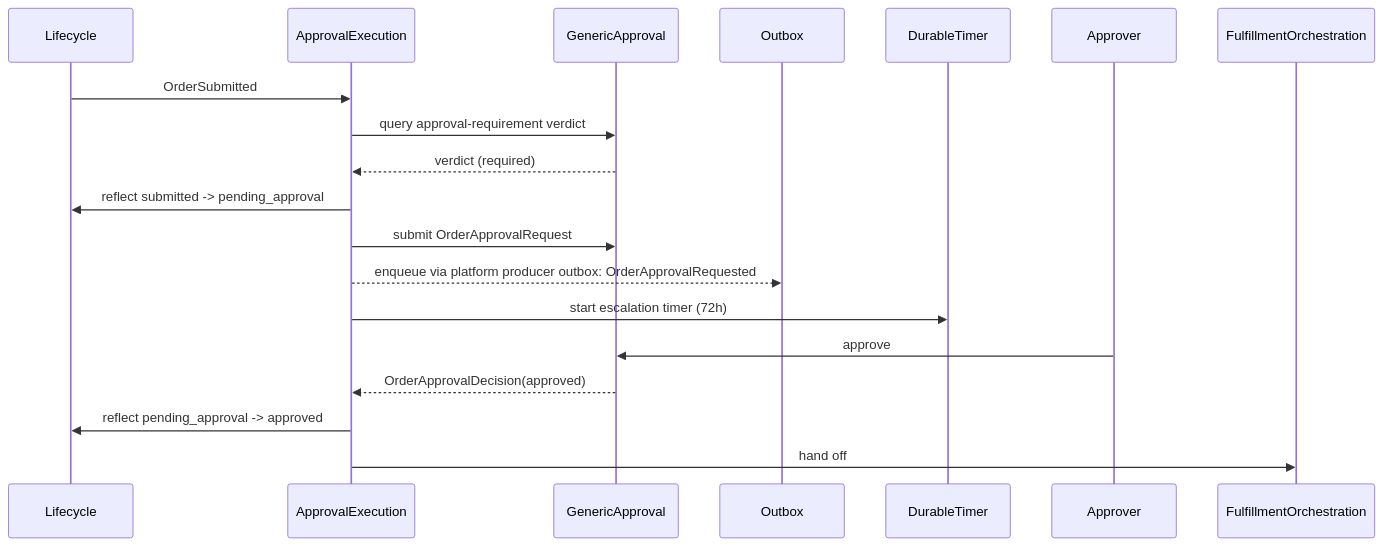
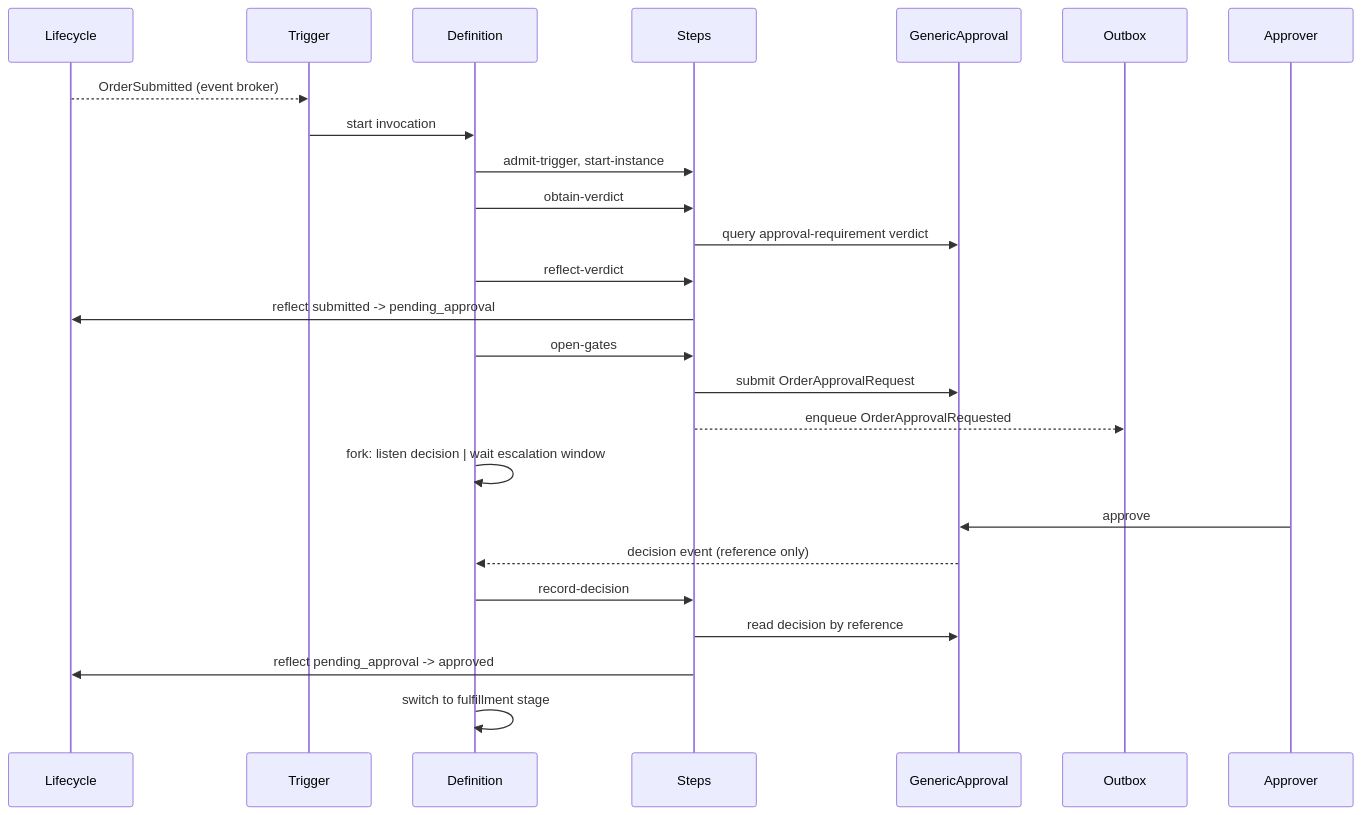
The third of 7 diagrams in gears/bss/orders-workflow/docs/DESIGN.md (constructorfabric/gears-rust), drawn with Mermaid before and after one commit. The commit also changed other lines of this file and 3 other files, not shown here.

Commit message:
docs(bss/orders-workflow): index, registers and README follow the platform-definition decision (Q-01 answered, D-65…, serverless-runtime asks)

````diff
--- a/gears/bss/orders-workflow/docs/DESIGN.md
+++ b/gears/bss/orders-workflow/docs/DESIGN.md
@@ -652,14 +803,20 @@
 ```mermaid
 sequenceDiagram
-    Lifecycle ->> ApprovalExecution: OrderSubmitted
-    ApprovalExecution ->> GenericApproval: query approval-requirement verdict
-    GenericApproval -->> ApprovalExecution: verdict (required)
-    ApprovalExecution ->> Lifecycle: reflect submitted -> pending_approval
-    ApprovalExecution ->> GenericApproval: submit OrderApprovalRequest
-    ApprovalExecution -->> Outbox: enqueue via platform producer outbox: OrderApprovalRequested
-    ApprovalExecution ->> DurableTimer: start escalation timer (72h)
+    Lifecycle -->> Trigger: OrderSubmitted (event broker)
+    Trigger ->> Definition: start invocation
+    Definition ->> Steps: admit-trigger, start-instance
+    Definition ->> Steps: obtain-verdict
+    Steps ->> GenericApproval: query approval-requirement verdict
+    Definition ->> Steps: reflect-verdict
+    Steps ->> Lifecycle: reflect submitted -> pending_approval
+    Definition ->> Steps: open-gates
+    Steps ->> GenericApproval: submit OrderApprovalRequest
+    Steps -->> Outbox: enqueue OrderApprovalRequested
+    Definition ->> Definition: fork: listen decision | wait escalation window
     Approver ->> GenericApproval: approve
-    GenericApproval -->> ApprovalExecution: OrderApprovalDecision(approved)
-    ApprovalExecution ->> Lifecycle: reflect pending_approval -> approved
-    ApprovalExecution ->> FulfillmentOrchestration: hand off
+    GenericApproval -->> Definition: decision event (reference only)
+    Definition ->> Steps: record-decision
+    Steps ->> GenericApproval: read decision by reference
+    Steps ->> Lifecycle: reflect pending_approval -> approved
+    Definition ->> Definition: switch to fulfillment stage
 ```
````
